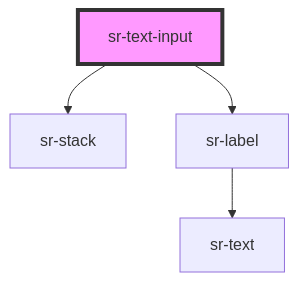
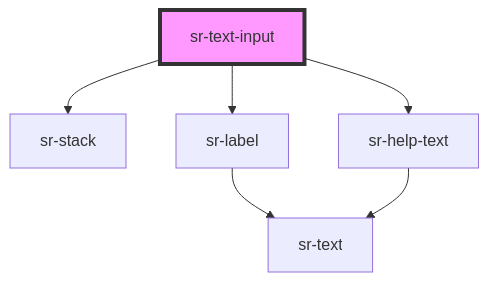
The diagram in src/components/form/sr-textinput/readme.md (tonyblu331/spotify-replay-design-system), drawn with Mermaid before and after one commit. The commit also changed other lines of this file and 4 other files, not shown here.

Commit message:
add text input property

````diff
--- a/src/components/form/sr-textinput/readme.md
+++ b/src/components/form/sr-textinput/readme.md
@@ -35,7 +42,9 @@
 ```mermaid
 graph TD;
   sr-text-input --> sr-stack
   sr-text-input --> sr-label
+  sr-text-input --> sr-help-text
   sr-label --> sr-text
+  sr-help-text --> sr-text
   style sr-text-input fill:#f9f,stroke:#333,stroke-width:4px
 ```
````
